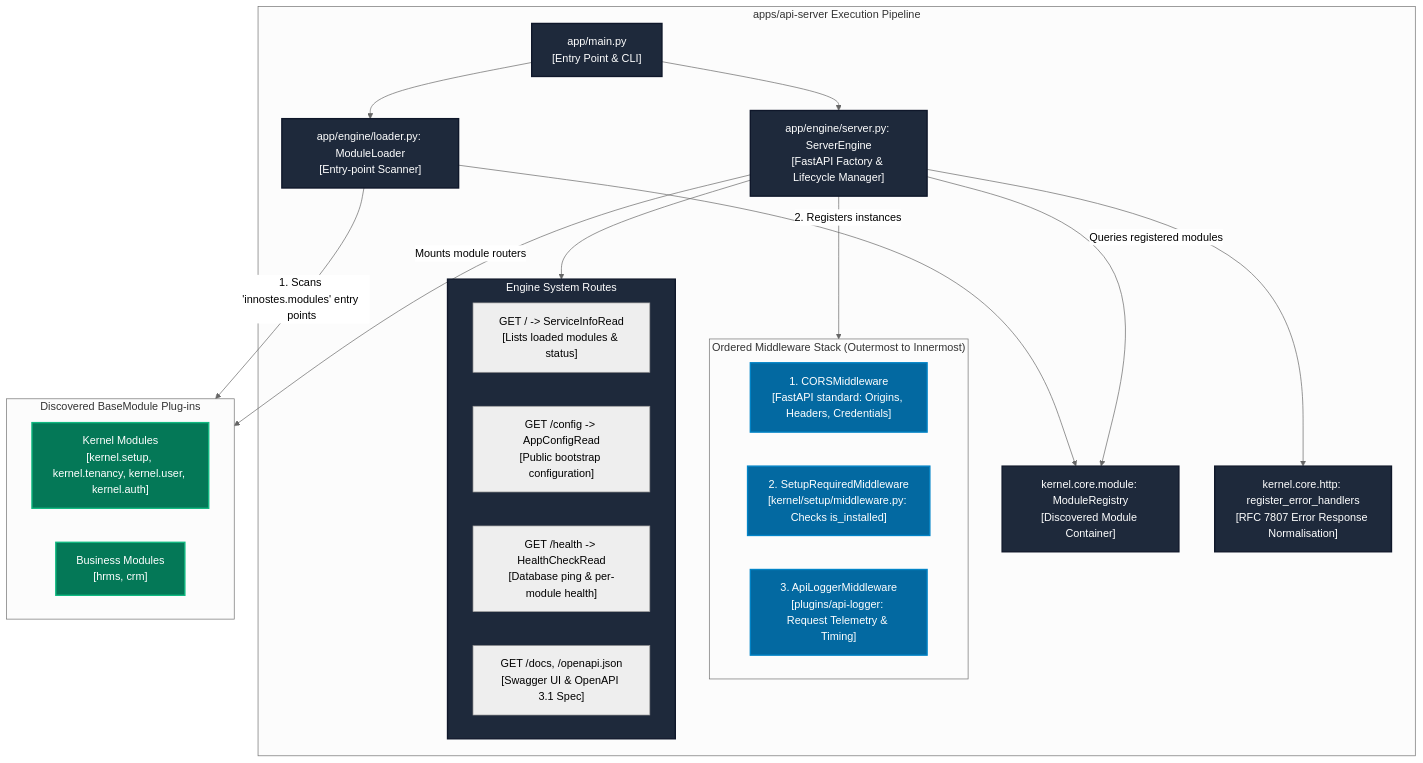
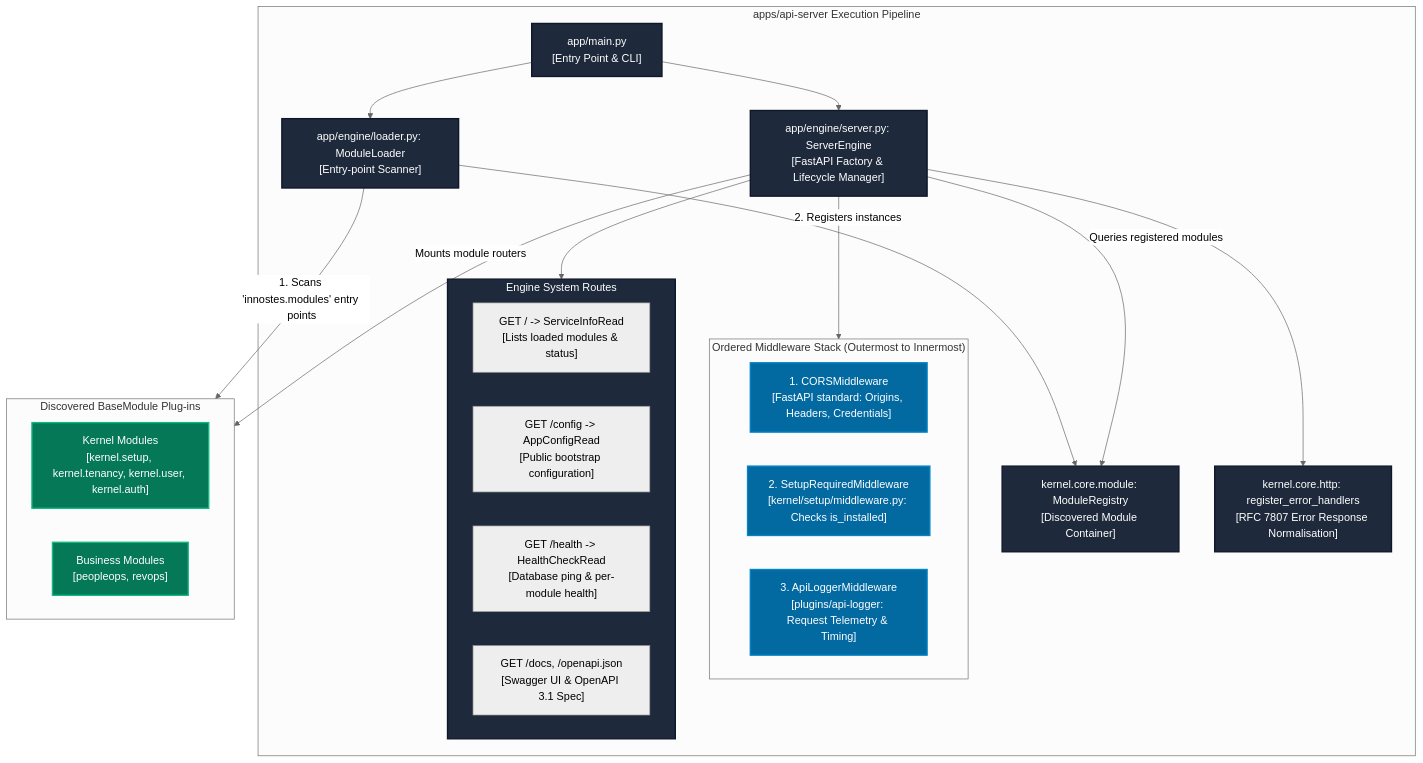
The second of 4 diagrams in apps/landing/content/dev-docs/architecture/building-blocks.mdx (innostes-dev/erp), drawn with Mermaid (neutral theme) before and after one commit. The commit also changed other lines of this file and 189 other files, not shown here.

Commit message:
feat(modules): adopt hybrid naming convention, implement 7 module dashboards, and remove legacy CRM/HRMS identifiers

````diff
--- a/apps/landing/content/dev-docs/architecture/building-blocks.mdx
+++ b/apps/landing/content/dev-docs/architecture/building-blocks.mdx
@@ -72,47 +72,47 @@
 ```mermaid
 flowchart TD
   subgraph ApiServerEngine["apps/api-server Execution Pipeline"]
     ServerMain["app/main.py\n[Entry Point & CLI]"]
     ServerEngine["app/engine/server.py: ServerEngine\n[FastAPI Factory & Lifecycle Manager]"]
     ModuleLoader["app/engine/loader.py: ModuleLoader\n[Entry-point Scanner]"]
     ModuleRegistry["kernel.core.module: ModuleRegistry\n[Discovered Module Container]"]
     
     subgraph MiddlewareStack["Ordered Middleware Stack (Outermost to Innermost)"]
       CorsMid["1. CORSMiddleware\n[FastAPI standard: Origins, Headers, Credentials]"]
       SetupMid["2. SetupRequiredMiddleware\n[kernel/setup/middleware.py: Checks is_installed]"]
       ApiLoggerMid["3. ApiLoggerMiddleware\n[plugins/api-logger: Request Telemetry & Timing]"]
     end
 
     subgraph SystemEndpoints["Engine System Routes"]
       RootRoute["GET / -> ServiceInfoRead\n[Lists loaded modules & status]"]
       ConfigRoute["GET /config -> AppConfigRead\n[Public bootstrap configuration]"]
       HealthRoute["GET /health -> HealthCheckRead\n[Database ping & per-module health]"]
       DocsRoute["GET /docs, /openapi.json\n[Swagger UI & OpenAPI 3.1 Spec]"]
     end
     
     ErrorHandlers["kernel.core.http: register_error_handlers\n[RFC 7807 Error Response Normalisation]"]
   end
 
   subgraph DiscoveredModules["Discovered BaseModule Plug-ins"]
     KernelModules["Kernel Modules\n[kernel.setup, kernel.tenancy, kernel.user, kernel.auth]"]
-    BusinessModules["Business Modules\n[hrms, crm]"]
+    BusinessModules["Business Modules\n[peopleops, revops]"]
   end
 
   ServerMain --> ServerEngine
   ServerMain --> ModuleLoader
   ModuleLoader -- "1. Scans 'innostes.modules' entry points" --> DiscoveredModules
   ModuleLoader -- "2. Registers instances" --> ModuleRegistry
   ServerEngine -- "Queries registered modules" --> ModuleRegistry
   ServerEngine --> MiddlewareStack
   ServerEngine --> ErrorHandlers
   ServerEngine --> SystemEndpoints
   ServerEngine -- "Mounts module routers" --> DiscoveredModules
 
   classDef engine fill:#1e293b,stroke:#0f172a,stroke-width:2px,color:#ffffff;
   classDef mid fill:#0369a1,stroke:#0284c7,stroke-width:2px,color:#ffffff;
   classDef mod fill:#047857,stroke:#10b981,stroke-width:2px,color:#ffffff;
 
   class ServerMain,ServerEngine,ModuleLoader,ModuleRegistry,ErrorHandlers,SystemEndpoints engine;
   class CorsMid,SetupMid,ApiLoggerMid mid;
   class KernelModules,BusinessModules mod;
 ```
````
